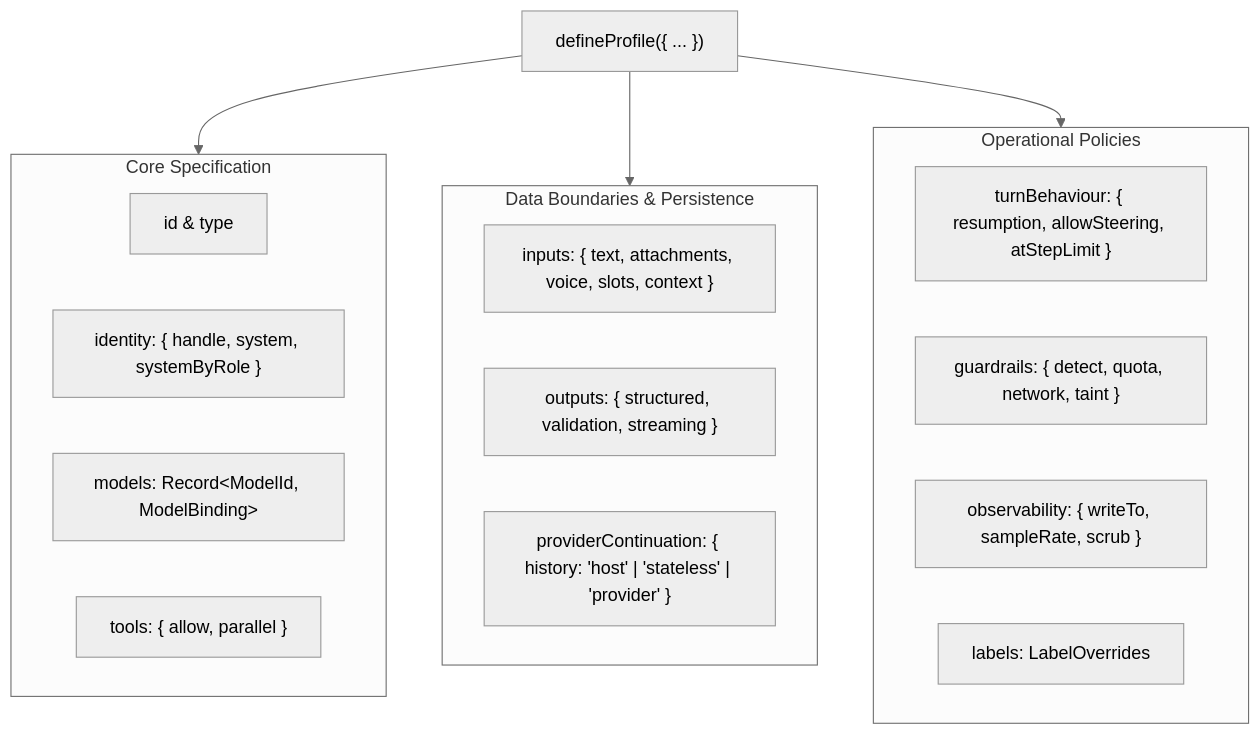
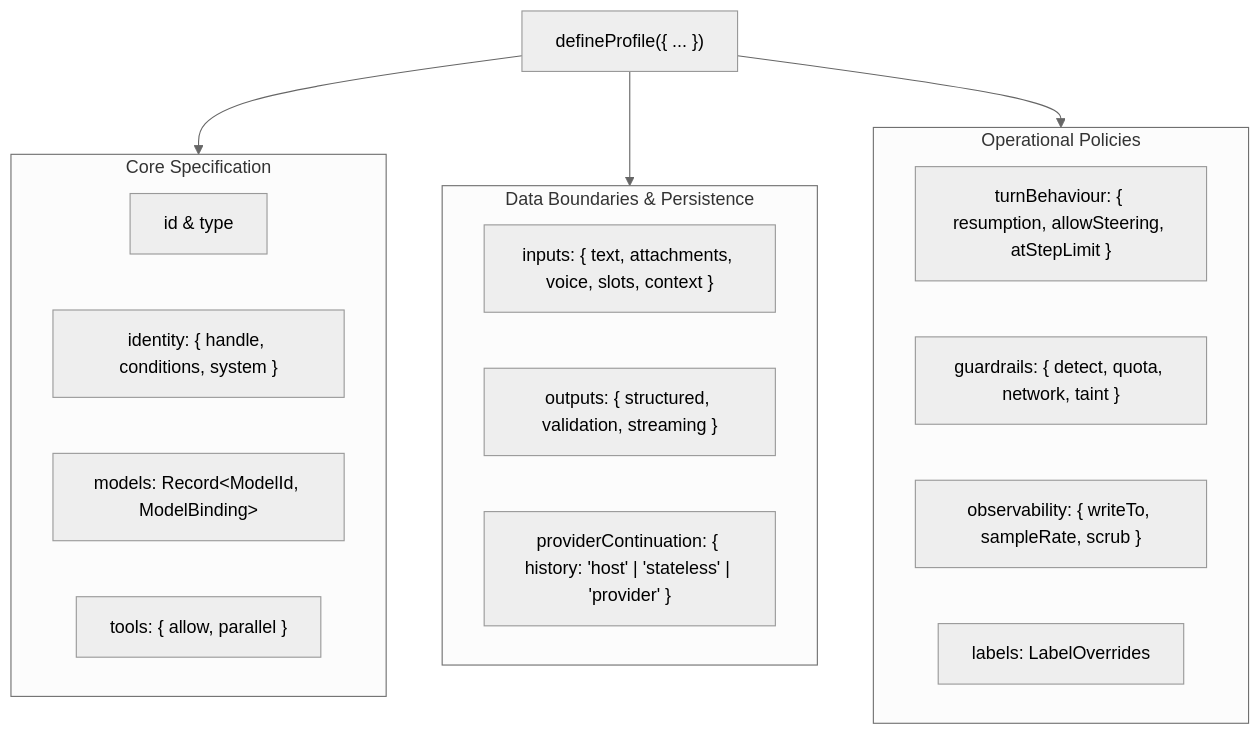
One commit to masudl-hub/theoremai-frontend changed the first of 2 diagrams in app/lib/docs/articles/profiles.md. Above: the diagram before and after it, drawn with Mermaid (neutral theme). The commit also changed other lines of this file and 54 other files, not shown here.

````diff
--- a/app/lib/docs/articles/profiles.md
+++ b/app/lib/docs/articles/profiles.md
@@ -20,28 +20,28 @@
 ```mermaid
 graph TD
     Profile["defineProfile({ ... })"]
 
     subgraph CoreContract["Core Specification"]
         IdType["id & type"]
-        Identity["identity: { handle, system, systemByRole }"]
+        Identity["identity: { handle, conditions, system }"]
         Models["models: Record&lt;ModelId, ModelBinding&gt;"]
         Tools["tools: { allow, parallel }"]
     end
 
     subgraph DataBoundaries["Data Boundaries & Persistence"]
         Inputs["inputs: { text, attachments, voice, slots, context }"]
         Outputs["outputs: { structured, validation, streaming }"]
         ProviderContinuation["providerContinuation: { history: 'host' | 'stateless' | 'provider' }"]
     end
 
     subgraph OperationalPolicies["Operational Policies"]
         TurnBehaviour["turnBehaviour: { resumption, allowSteering, atStepLimit }"]
         Guardrails["guardrails: { detect, quota, network, taint }"]
         Observability["observability: { writeTo, sampleRate, scrub }"]
         Labels["labels: LabelOverrides"]
     end
 
     Profile --> CoreContract
     Profile --> DataBoundaries
     Profile --> OperationalPolicies
 ```
````
